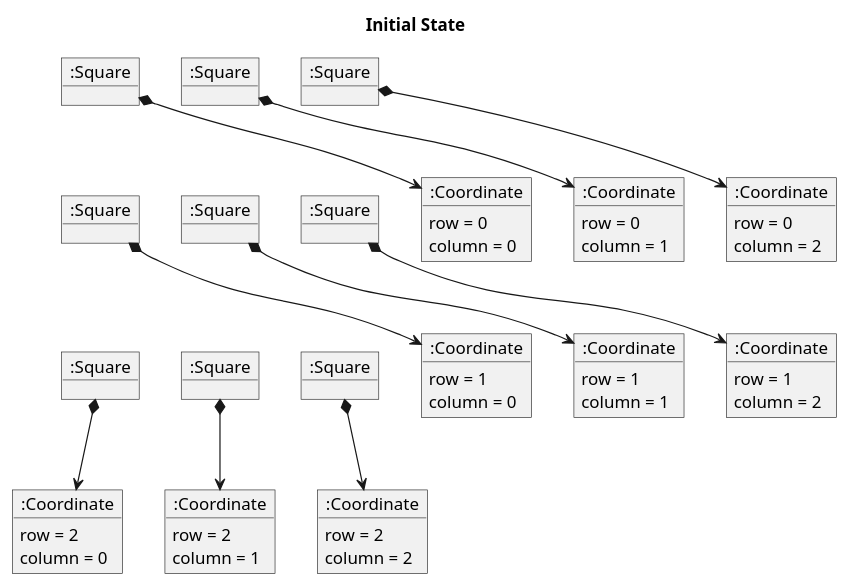
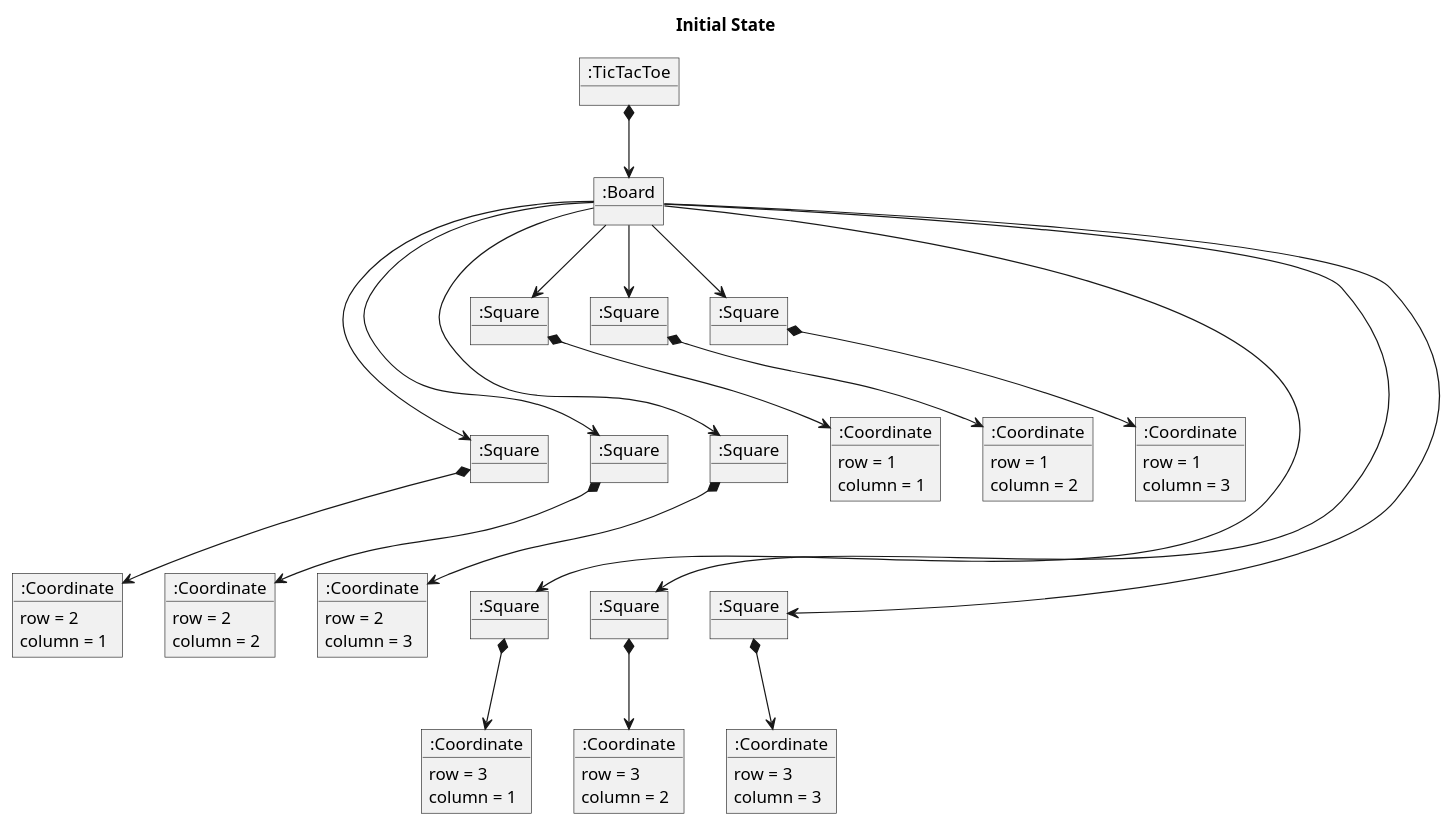
The diagram in src/TicTacToe/TicTacToeInitialState.plantuml (franpaulinoinfante/MasterSoftwareDevelopment), drawn with PlantUML before and after one commit. The commit also changed 3 other files, not shown here.

```diff
--- a/src/TicTacToe/TicTacToeInitialState.plantuml
+++ b/src/TicTacToe/TicTacToeInitialState.plantuml
@@ -1,82 +1,99 @@
 @startuml InitialState
 
 title Initial State
 
-together{
-   object ":Square" as Square11
-   object ":Square" as Square12
-   object ":Square" as Square13
+together {
+    object ":Square" as Square11
+    object ":Square" as Square12
+    object ":Square" as Square13
 
-   object ":Square" as Square21
-   object ":Square" as Square22
-   object ":Square" as Square23
+    object ":Square" as Square21
+    object ":Square" as Square22
+    object ":Square" as Square23
 
-   object ":Square" as Square31
-   object ":Square" as Square32
-   object ":Square" as Square33
+    object ":Square" as Square31
+    object ":Square" as Square32
+    object ":Square" as Square33
+
 }
 
 object ":Coordinate" as Coordinate11 {
-   row = 0
-   column = 0
+    row = 1
+    column = 1
 }
-object ":Coordinate" as Coordinate12{
-   row = 0
-   column = 1
-   
+object ":Coordinate" as Coordinate12 {
+    row = 1
+    column = 2
 }
-object ":Coordinate" as Coordinate13{
-   row = 0
-   column = 2
+object ":Coordinate" as Coordinate13 {
+    row = 1
+    column = 3
 }
-object ":Coordinate" as Coordinate21{
-   row = 1
-   column = 0
+
+object ":Coordinate" as Coordinate21 {
+    row = 2
+    column = 1
 }
-object ":Coordinate" as Coordinate22{
-   row = 1
-   column = 1
+object ":Coordinate" as Coordinate22 {
+    row = 2
+    column = 2
 }
-object ":Coordinate" as Coordinate23{
-   row = 1
-   column = 2
+object ":Coordinate" as Coordinate23 {
+    row = 2
+    column = 3
 }
-object ":Coordinate" as Coordinate31{
-   row = 2
-   column = 0
+
+object ":Coordinate" as Coordinate31 {
+    row = 3
+    column = 1
 }
-object ":Coordinate" as Coordinate32{
-   row = 2
-   column = 1
+object ":Coordinate" as Coordinate32 {
+    row = 3
+    column = 2
 }
-object ":Coordinate" as Coordinate33{
-   row = 2
-   column = 2
+object ":Coordinate" as Coordinate33 {
+    row = 3
+    column = 3
 }
+
+object ":TicTacToe" as TicTacToe
+object ":Board" as Board
+
+TicTacToe *-down-> Board
+
+Board -->  Square11
+Board -->  Square12
+Board -->  Square13
+Board -->  Square21
+Board -->  Square22
+Board -->  Square23
+Board -->  Square31
+Board -->  Square32
+Board -->  Square33
 
 Square11 *-down-> Coordinate11
 Square12 *-down-> Coordinate12
 Square13 *-down-> Coordinate13
 Square21 *-down-> Coordinate21
 Square22 *-down-> Coordinate22
 Square23 *-down-> Coordinate23
 Square31 *-down-> Coordinate31
 Square32 *-down-> Coordinate32
 Square33 *-down-> Coordinate33
 
 Square11 -[hidden]right-> Square12
 Square12 -[hidden]right-> Square13
 Square21 -[hidden]right-> Square22
 Square22 -[hidden]right-> Square23
 Square31 -[hidden]right-> Square32
 Square32 -[hidden]right-> Square33
 
 Square11 -[hidden]down-> Square21
 Square12 -[hidden]down-> Square22
 Square13 -[hidden]down-> Square23
 
 Square21 -[hidden]down-> Square31
 Square22 -[hidden]down-> Square32
 Square23 -[hidden]down-> Square33
 
 @enduml
```
